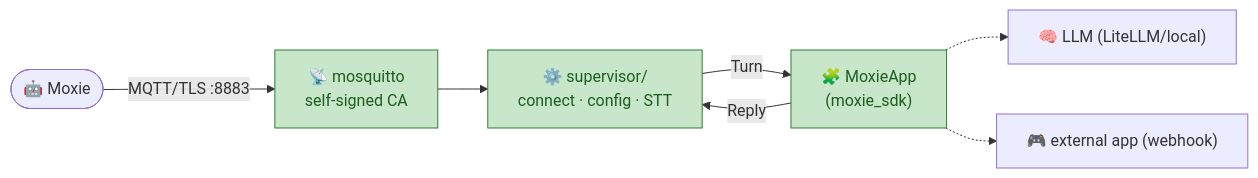
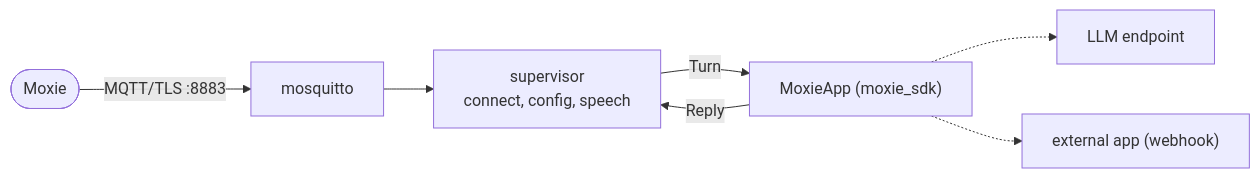
The diagram in mqtt/README.md (mvalancy/moxie-robot-saver), drawn with Mermaid before and after one commit. The commit also changed other lines of this file and 454 other files, not shown here.

````diff
--- a/mqtt/README.md
+++ b/mqtt/README.md
@@ -11,11 +12,9 @@
 ```mermaid
 flowchart LR
-    moxie(["🤖 Moxie"]) -->|"MQTT/TLS :8883"| broker["📡 mosquitto<br/>self-signed CA"]
-    broker --> rt["⚙️ supervisor/<br/>connect · config · STT"]
-    rt -->|"Turn"| app["🧩 MoxieApp<br/>(moxie_sdk)"]
+    moxie(["Moxie"]) -->|"MQTT/TLS :8883"| broker["mosquitto"]
+    broker --> rt["supervisor<br/>connect, config, speech"]
+    rt -->|"Turn"| app["MoxieApp (moxie_sdk)"]
     app -->|"Reply"| rt
-    app -.-> llm["🧠 LLM (LiteLLM/local)"]
-    app -.-> ext["🎮 external app (webhook)"]
-    classDef done fill:#c8e6c9,stroke:#2e7d32,color:#1b5e20;
-    class broker,rt,app done;
+    app -.-> llm["LLM endpoint"]
+    app -.-> ext["external app (webhook)"]
 ```
````
